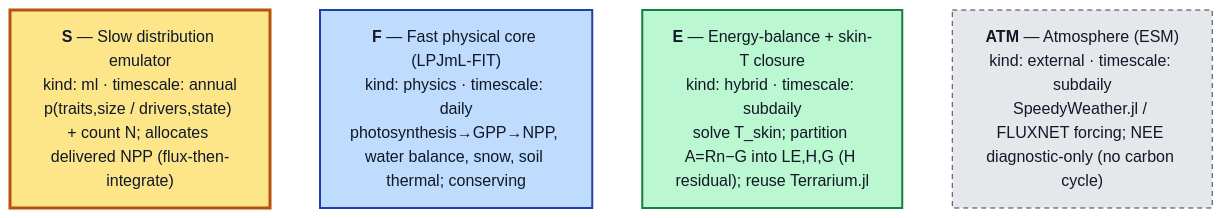
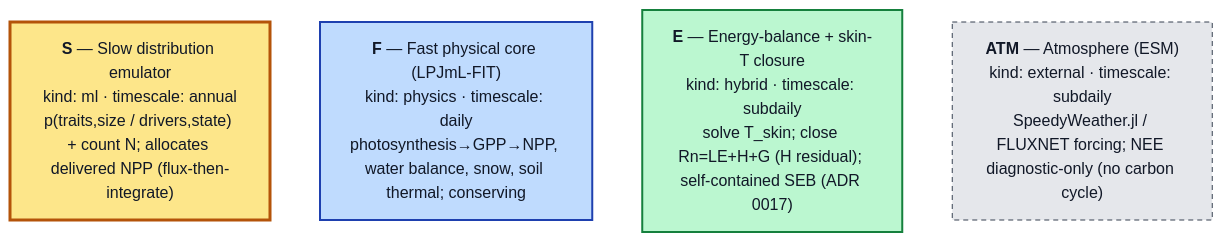
Before and after one commit to rimajj/LPJmLFIT_Emulator: the diagram in docs/src/generated/components.mmd, drawn with Mermaid (neutral theme).

Commit message:
fix(docs): regenerate the stale components diagram — it still claimed E reuses Terrarium.jl
`scripts/gen_diagrams.jl --check` has been failing since the Phase-4 commit 773945fb, which changed
Component E's registry description when ADR 0017 made the energy closure self-contained but never
re-ran the generator. The published diagram therefore told readers E "reuse[s] Terrarium.jl" and
partitions "A=Rn-G into LE,H,G", while `src/registry.jl` says "close Rn=LE+H+G (H residual);
self-contained SEB (ADR 0017)".

Purely derived content (`registry.jl` -> `docs/src/generated/*.mmd`), regenerated with the committed
generator, no source change. Note for the record: NO CI job runs the diagram check, so CLAUDE.md's
"the diagram-staleness gate reds main" is the LOCAL alarm only — which is how this went unnoticed.

Found while running the local docs gate for line S's S1c change (the `docs` workflow does not run on
branches); unrelated to S1c, so it lands as its own commit.

```diff
--- a/docs/src/generated/components.mmd
+++ b/docs/src/generated/components.mmd
@@ -1,17 +1,17 @@
 %% AUTO-GENERATED by scripts/gen_diagrams.jl — DO NOT EDIT
 %% Source of truth: src/registry.jl (COMPONENTS, FLUXES).
 %% Regenerate: julia --project=. scripts/gen_diagrams.jl
 flowchart TB
     %% Component overview (kind / timescale) — derived from COMPONENTS.
     S["<b>S</b> — Slow distribution emulator<br/>kind: ml · timescale: annual<br/>p(traits,size / drivers,state) + count N; allocates delivered NPP (flux-then-integrate)"]
     F["<b>F</b> — Fast physical core (LPJmL-FIT)<br/>kind: physics · timescale: daily<br/>photosynthesis→GPP→NPP, water balance, snow, soil thermal; conserving"]
-    E["<b>E</b> — Energy-balance + skin-T closure<br/>kind: hybrid · timescale: subdaily<br/>solve T_skin; partition A=Rn−G into LE,H,G (H residual); reuse Terrarium.jl"]
+    E["<b>E</b> — Energy-balance + skin-T closure<br/>kind: hybrid · timescale: subdaily<br/>solve T_skin; close Rn=LE+H+G (H residual); self-contained SEB (ADR 0017)"]
     ATM["<b>ATM</b> — Atmosphere (ESM)<br/>kind: external · timescale: subdaily<br/>SpeedyWeather.jl / FLUXNET forcing; NEE diagnostic-only (no carbon cycle)"]
     classDef ml fill:#fde68a,stroke:#b45309,stroke-width:3px,color:#111827;
     classDef physics fill:#bfdbfe,stroke:#1e40af,stroke-width:2px,color:#111827;
     classDef hybrid fill:#bbf7d0,stroke:#15803d,stroke-width:2px,color:#111827;
     classDef external fill:#e5e7eb,stroke:#374151,stroke-width:1px,color:#111827,stroke-dasharray:5 4;
     class S ml;
     class F physics;
     class E hybrid;
     class ATM external;
```
